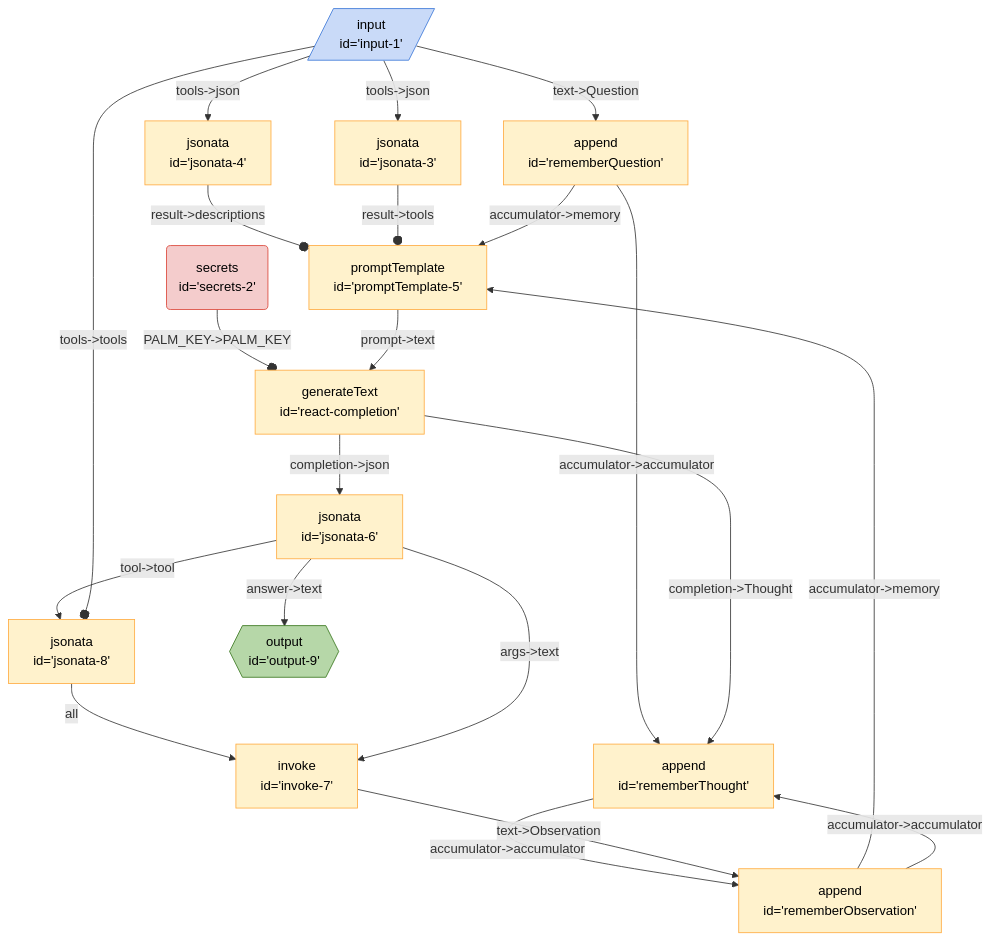
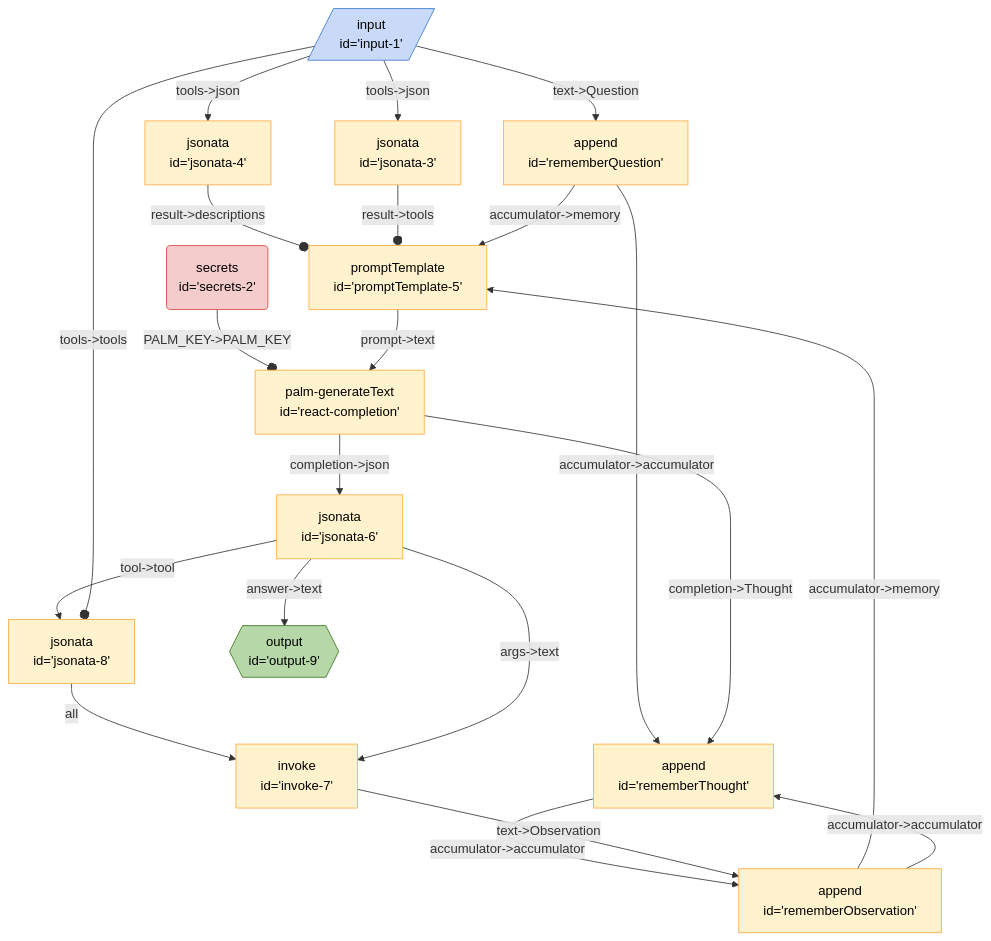
One commit to breadboard-ai/breadboard changed the diagram in seeds/graph-playground/docs/graphs/react-with-lambdas.md. Above: the diagram before and after it, drawn with Mermaid. The commit also changed 55 other files, not shown here.

````diff
--- a/seeds/graph-playground/docs/graphs/react-with-lambdas.md
+++ b/seeds/graph-playground/docs/graphs/react-with-lambdas.md
@@ -5,32 +5,32 @@
   ```mermaid
   %%{init: 'themeVariables': { 'fontFamily': 'Fira Code, monospace' }}%%
 graph TD;
 input1[/"input <br> id='input-1'"/]:::input -- "tools->json" --> jsonata3["jsonata <br> id='jsonata-3'"]
 input1[/"input <br> id='input-1'"/]:::input -- "tools->json" --> jsonata4["jsonata <br> id='jsonata-4'"]
 jsonata4["jsonata <br> id='jsonata-4'"] -- "result->descriptions" --o promptTemplate5["promptTemplate <br> id='promptTemplate-5'"]
 jsonata3["jsonata <br> id='jsonata-3'"] -- "result->tools" --o promptTemplate5["promptTemplate <br> id='promptTemplate-5'"]
 rememberObservation["append <br> id='rememberObservation'"] -- "accumulator->memory" --> promptTemplate5["promptTemplate <br> id='promptTemplate-5'"]
 rememberThought["append <br> id='rememberThought'"] -- "accumulator->accumulator" --> rememberObservation["append <br> id='rememberObservation'"]
 rememberObservation["append <br> id='rememberObservation'"] -- "accumulator->accumulator" --> rememberThought["append <br> id='rememberThought'"]
 rememberQuestion["append <br> id='rememberQuestion'"] -- "accumulator->accumulator" --> rememberThought["append <br> id='rememberThought'"]
 rememberQuestion["append <br> id='rememberQuestion'"] -- "accumulator->memory" --> promptTemplate5["promptTemplate <br> id='promptTemplate-5'"]
 input1[/"input <br> id='input-1'"/]:::input -- "text->Question" --> rememberQuestion["append <br> id='rememberQuestion'"]
-secrets2("secrets <br> id='secrets-2'"):::secrets -- "PALM_KEY->PALM_KEY" --o reactcompletion["generateText <br> id='react-completion'"]
-reactcompletion["generateText <br> id='react-completion'"] -- "completion->Thought" --> rememberThought["append <br> id='rememberThought'"]
-reactcompletion["generateText <br> id='react-completion'"] -- "completion->json" --> jsonata6["jsonata <br> id='jsonata-6'"]
-promptTemplate5["promptTemplate <br> id='promptTemplate-5'"] -- "prompt->text" --> reactcompletion["generateText <br> id='react-completion'"]
+secrets2("secrets <br> id='secrets-2'"):::secrets -- "PALM_KEY->PALM_KEY" --o reactcompletion["palm-generateText <br> id='react-completion'"]
+reactcompletion["palm-generateText <br> id='react-completion'"] -- "completion->Thought" --> rememberThought["append <br> id='rememberThought'"]
+reactcompletion["palm-generateText <br> id='react-completion'"] -- "completion->json" --> jsonata6["jsonata <br> id='jsonata-6'"]
+promptTemplate5["promptTemplate <br> id='promptTemplate-5'"] -- "prompt->text" --> reactcompletion["palm-generateText <br> id='react-completion'"]
 jsonata6["jsonata <br> id='jsonata-6'"] -- "tool->tool" --> jsonata8["jsonata <br> id='jsonata-8'"]
 input1[/"input <br> id='input-1'"/]:::input -- "tools->tools" --o jsonata8["jsonata <br> id='jsonata-8'"]
 jsonata8["jsonata <br> id='jsonata-8'"] -- all --> invoke7["invoke <br> id='invoke-7'"]
 jsonata6["jsonata <br> id='jsonata-6'"] -- "args->text" --> invoke7["invoke <br> id='invoke-7'"]
 invoke7["invoke <br> id='invoke-7'"] -- "text->Observation" --> rememberObservation["append <br> id='rememberObservation'"]
 jsonata6["jsonata <br> id='jsonata-6'"] -- "answer->text" --> output9{{"output <br> id='output-9'"}}:::output
 classDef default stroke:#ffab40,fill:#fff2ccff,color:#000
 classDef input stroke:#3c78d8,fill:#c9daf8ff,color:#000
 classDef output stroke:#38761d,fill:#b6d7a8ff,color:#000
 classDef passthrough stroke:#a64d79,fill:#ead1dcff,color:#000
 classDef slot stroke:#a64d79,fill:#ead1dcff,color:#000
 classDef config stroke:#a64d79,fill:#ead1dcff,color:#000
 classDef secrets stroke:#db4437,fill:#f4cccc,color:#000
 classDef slotted stroke:#a64d79
   ```
````
